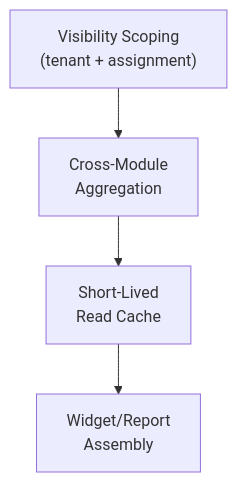
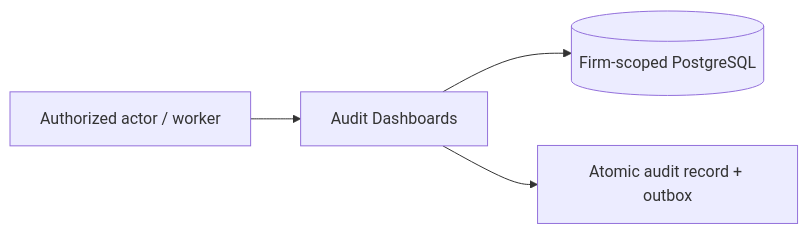
Before and after one commit to alokrathava/audit-intelligence-docs-site: the diagram in docs/modules/10-dashboard-analytics.md, drawn with Mermaid. The commit also changed other lines of this file and 32 other files, not shown here.

Commit message:
docs: complete Audit Intelligence case study and resolve architectural contradictions

````diff
--- a/docs/modules/10-dashboard-analytics.md
+++ b/docs/modules/10-dashboard-analytics.md
@@ -87,9 +42,6 @@
 ```mermaid
-flowchart TB
-    Scope["Visibility Scoping<br/>(tenant + assignment)"]
-    Agg["Cross-Module<br/>Aggregation"]
-    Cache["Short-Lived<br/>Read Cache"]
-    Render["Widget/Report<br/>Assembly"]
-
-    Scope --> Agg --> Cache --> Render
+flowchart LR
+  Actor["Authorized actor / worker"] --> App["Audit Dashboards"]
+  App --> DB[("Firm-scoped PostgreSQL")]
+  App --> Audit["Atomic audit record + outbox"]
 ```
````
